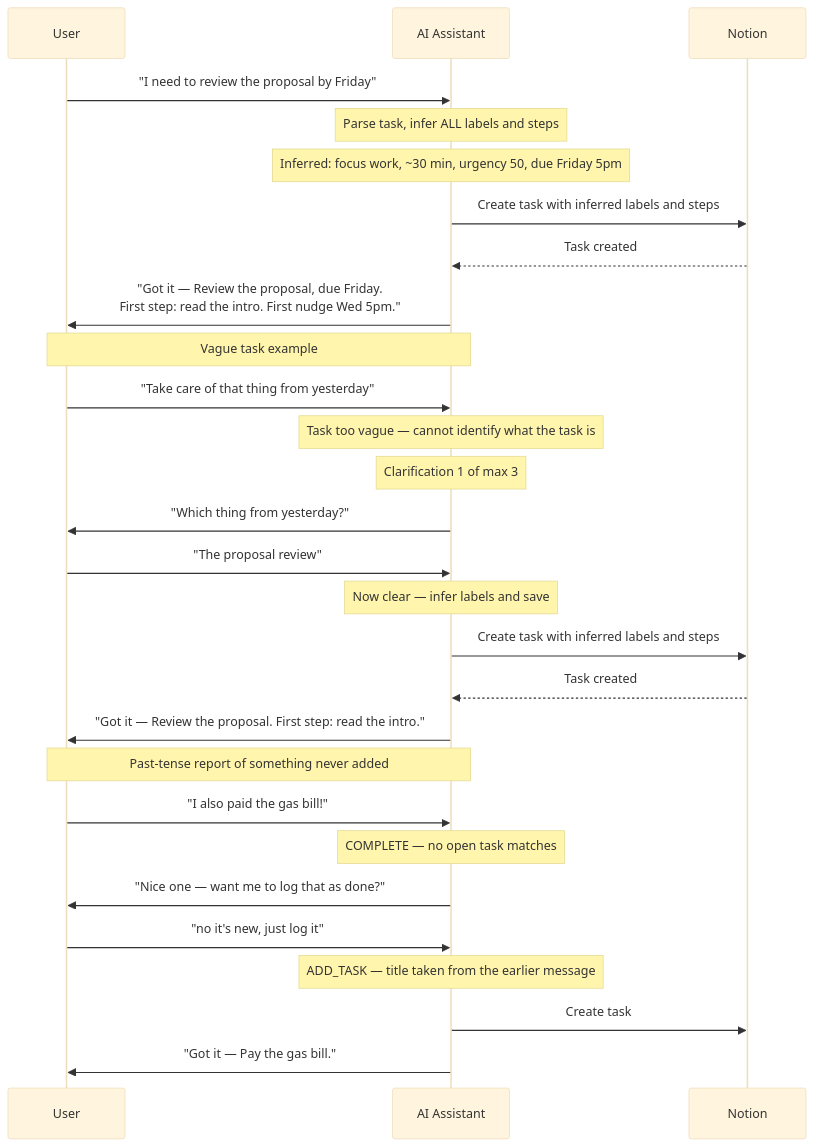
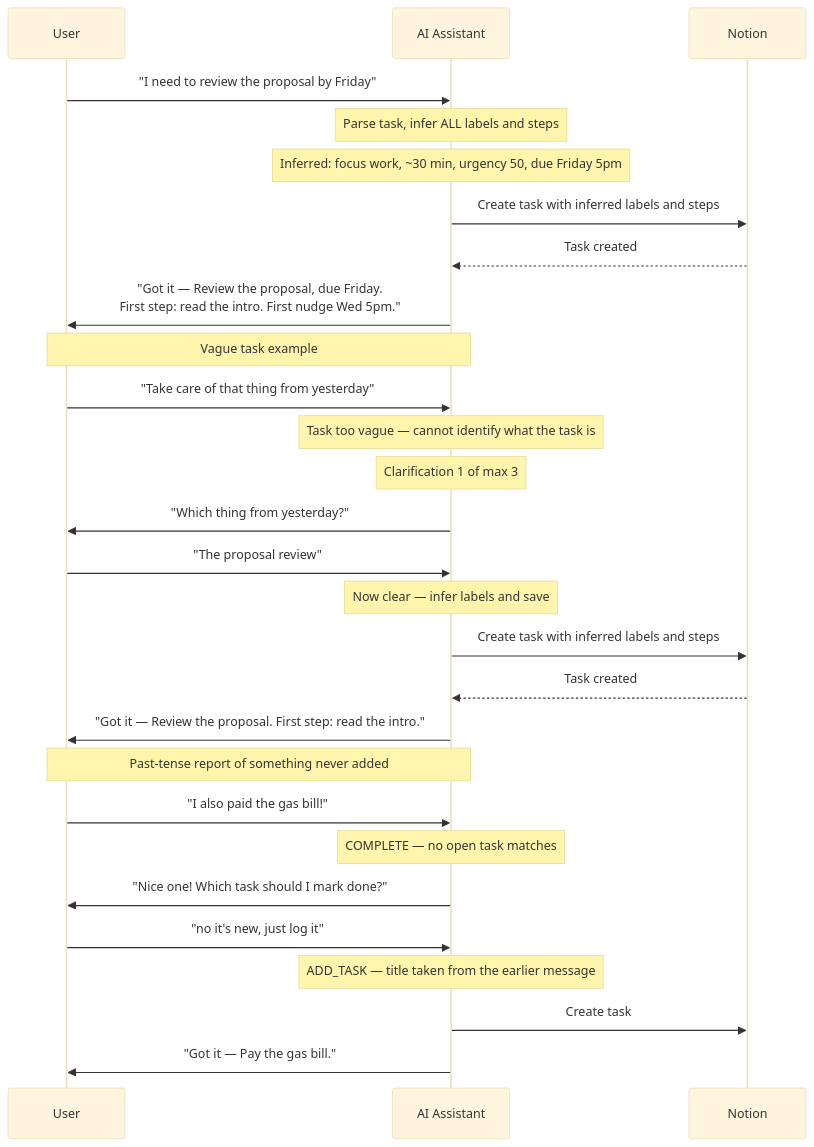
Before and after one commit to NickBorgersProbably/hide-my-list: the second of 28 diagrams in docs/user-interactions.md, drawn with Mermaid (base theme). The commit also changed other lines of this file and 6 other files, not shown here.

````diff
--- a/docs/user-interactions.md
+++ b/docs/user-interactions.md
@@ -52,41 +52,41 @@
 ```mermaid
 sequenceDiagram
     participant U as User
     participant AI as AI Assistant
     participant N as Notion
 
     U->>AI: "I need to review the proposal by Friday"
 
     Note over AI: Parse task, infer ALL labels and steps
     Note over AI: Inferred: focus work, ~30 min, urgency 50, due Friday 5pm
 
     AI->>N: Create task with inferred labels and steps
     N-->>AI: Task created
     AI->>U: "Got it — Review the proposal, due Friday.<br/>First step: read the intro. First nudge Wed 5pm."
 
     Note over U,AI: Vague task example
 
     U->>AI: "Take care of that thing from yesterday"
 
     Note over AI: Task too vague — cannot identify what the task is
     Note over AI: Clarification 1 of max 3
 
     AI->>U: "Which thing from yesterday?"
     U->>AI: "The proposal review"
 
     Note over AI: Now clear — infer labels and save
 
     AI->>N: Create task with inferred labels and steps
     N-->>AI: Task created
     AI->>U: "Got it — Review the proposal. First step: read the intro."
 
     Note over U,AI: Past-tense report of something never added
 
     U->>AI: "I also paid the gas bill!"
     Note over AI: COMPLETE — no open task matches
-    AI->>U: "Nice one — want me to log that as done?"
+    AI->>U: "Nice one! Which task should I mark done?"
     U->>AI: "no it's new, just log it"
     Note over AI: ADD_TASK — title taken from the earlier message
     AI->>N: Create task
     AI->>U: "Got it — Pay the gas bill."
 ```
````
